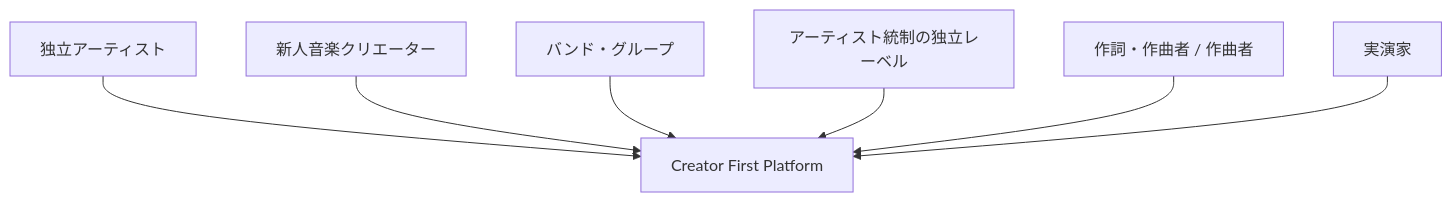
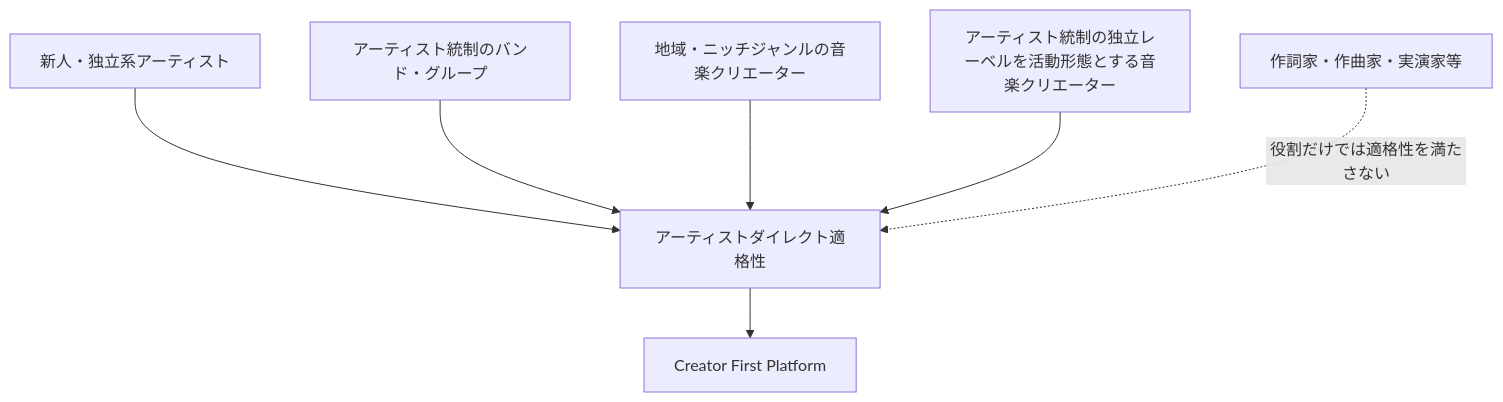
One commit to ShigeichiroYamasaki/creator-first-platform changed the third of 30 diagrams in docs/whitepaper/05-creator-onboarding.md. Above: the diagram before and after it, drawn with Mermaid. The commit also changed other lines of this file and 42 other files, not shown here.

Commit message:
Design production service architecture

````diff
--- a/docs/whitepaper/05-creator-onboarding.md
+++ b/docs/whitepaper/05-creator-onboarding.md
@@ -75,11 +96,12 @@
 ```mermaid
 flowchart TD
     CFP[Creator First Platform]
+    ELIGIBLE[アーティストダイレクト適格性]
 
-    INDIE[独立アーティスト] --> CFP
-    NEW[新人音楽クリエーター] --> CFP
-    BAND[バンド・グループ] --> CFP
-    LABEL[アーティスト統制の独立レーベル] --> CFP
-    WRITER[作詞・作曲者 / 作曲者] --> CFP
-    PERF[実演家] --> CFP
+    INDIE[新人・独立系アーティスト] --> ELIGIBLE
+    BAND[アーティスト統制のバンド・グループ] --> ELIGIBLE
+    REGIONAL[地域・ニッチジャンルの音楽クリエーター] --> ELIGIBLE
+    LABEL[アーティスト統制の独立レーベルを活動形態とする音楽クリエーター] --> ELIGIBLE
+    COLLAB[作詞家・作曲家・実演家等] -. 役割だけでは適格性を満たさない .-> ELIGIBLE
+    ELIGIBLE --> CFP
 ```
````
